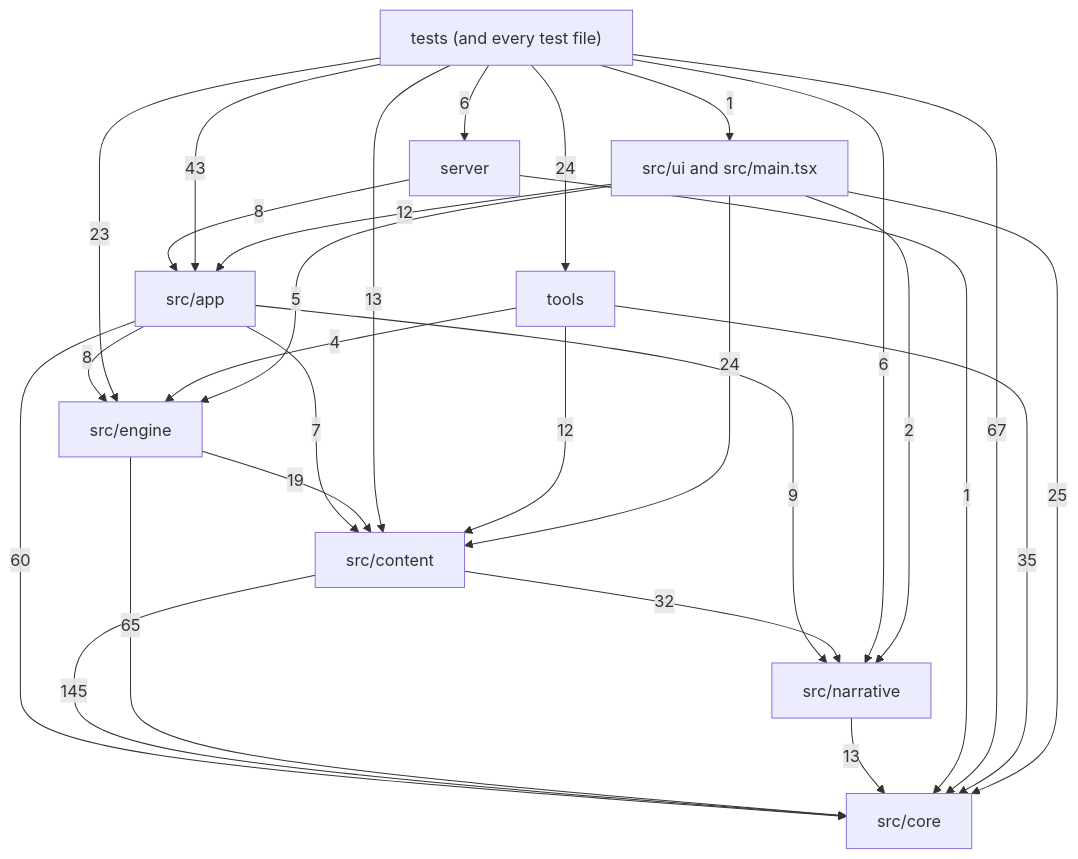
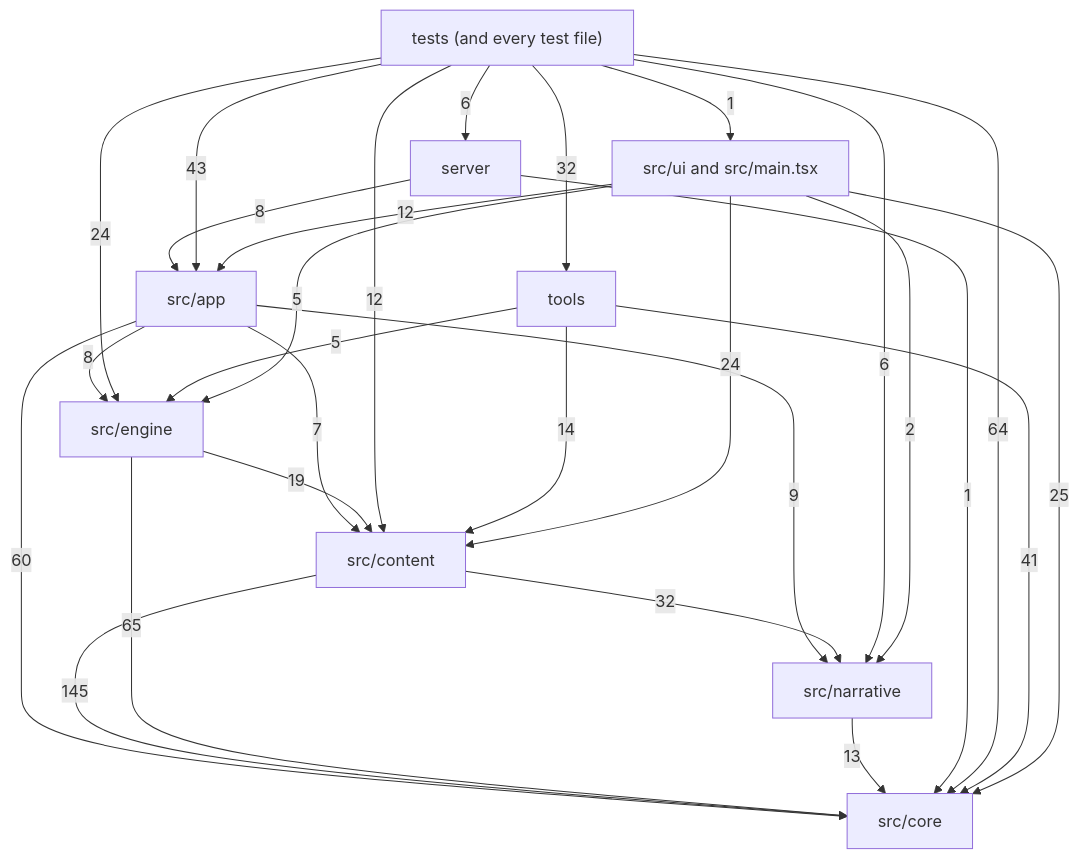
The diagram in docs/reference/code-map/README.md (OrangeB0lt/Cyber-funk), drawn with Mermaid before and after one commit. The commit also changed other lines of this file and 71 other files, not shown here.

````diff
--- a/docs/reference/code-map/README.md
+++ b/docs/reference/code-map/README.md
@@ -29,39 +29,39 @@
 ```mermaid
 flowchart TD
   core["src/core"]
   narrative["src/narrative"]
   content["src/content"]
   engine["src/engine"]
   app["src/app"]
   ui["src/ui and src/main.tsx"]
   server["server"]
   tools["tools"]
   tests["tests (and every test file)"]
   app -->|7| content
   app -->|60| core
   app -->|8| engine
   app -->|9| narrative
   content -->|145| core
   content -->|32| narrative
   engine -->|19| content
   engine -->|65| core
   narrative -->|13| core
   server -->|8| app
   server -->|1| core
   tests -->|43| app
-  tests -->|13| content
-  tests -->|67| core
-  tests -->|23| engine
+  tests -->|12| content
+  tests -->|64| core
+  tests -->|24| engine
   tests -->|6| narrative
   tests -->|6| server
-  tests -->|24| tools
+  tests -->|32| tools
   tests -->|1| ui
-  tools -->|12| content
-  tools -->|35| core
-  tools -->|4| engine
+  tools -->|14| content
+  tools -->|41| core
+  tools -->|5| engine
   ui -->|12| app
   ui -->|24| content
   ui -->|25| core
   ui -->|5| engine
   ui -->|2| narrative
 ```
````
